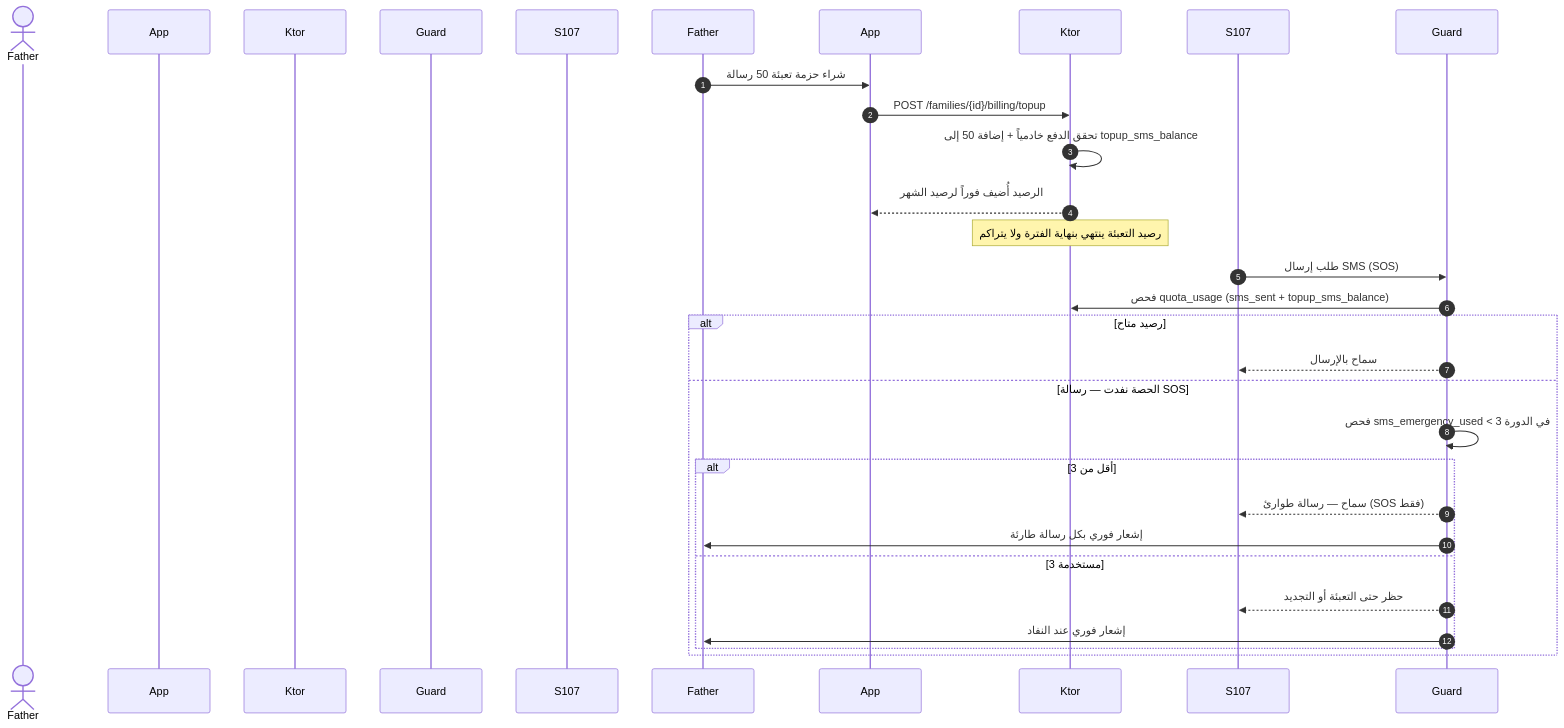
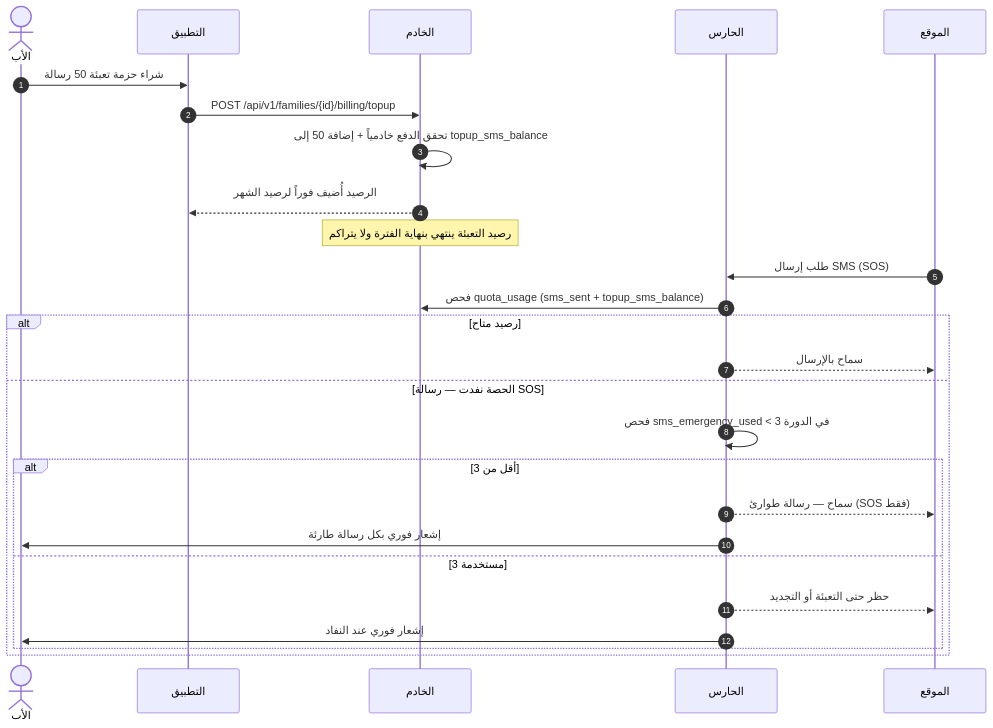
The fifth of 10 diagrams in docs/family-os/governance/phases/phase-1/S1-04-plans-and-subscriptions/DIAGRAMS.md (Bassam-mohammed-alqaeadi/family-os-v2), drawn with Mermaid before and after one commit. The commit also changed other lines of this file and 10 other files, not shown here.

Commit message:
إغلاق المراجعة الشاملة R1–R5 (Q-196…Q-231) — المخططات DIAGRAMS + خريطة السياق (2/4)

````diff
--- a/docs/family-os/governance/phases/phase-1/S1-04-plans-and-subscriptions/DIAGRAMS.md
+++ b/docs/family-os/governance/phases/phase-1/S1-04-plans-and-subscriptions/DIAGRAMS.md
@@ -228,28 +228,28 @@
 ```mermaid
 sequenceDiagram
     autonumber
-    actor الأب as Father
-    participant التطبيق as App
-    participant الخادم as Ktor
-    participant الحارس as Guard
-    participant الموقع as S107
+    actor Father as الأب
+    participant App as التطبيق
+    participant Ktor as الخادم
+    participant Guard as الحارس
+    participant S107 as الموقع
     Father->>App: شراء حزمة تعبئة 50 رسالة
-    App->>Ktor: POST /families/{id}/billing/topup
+    App->>Ktor: POST /api/v1/families/{id}/billing/topup
     Ktor->>Ktor: تحقق الدفع خادمياً + إضافة 50 إلى topup_sms_balance
     Ktor-->>App: الرصيد أُضيف فوراً لرصيد الشهر
     Note over Ktor: رصيد التعبئة ينتهي بنهاية الفترة ولا يتراكم
     S107->>Guard: طلب إرسال SMS (SOS)
     Guard->>Ktor: فحص quota_usage (sms_sent + topup_sms_balance)
     alt رصيد متاح
         Guard-->>S107: سماح بالإرسال
     else الحصة نفدت — رسالة SOS
         Guard->>Guard: فحص sms_emergency_used < 3 في الدورة
         alt أقل من 3
             Guard-->>S107: سماح — رسالة طوارئ (SOS فقط)
             Guard->>Father: إشعار فوري بكل رسالة طارئة
         else 3 مستخدمة
             Guard-->>S107: حظر حتى التعبئة أو التجديد
             Guard->>Father: إشعار فوري عند النفاد
         end
     end
 ```
````
